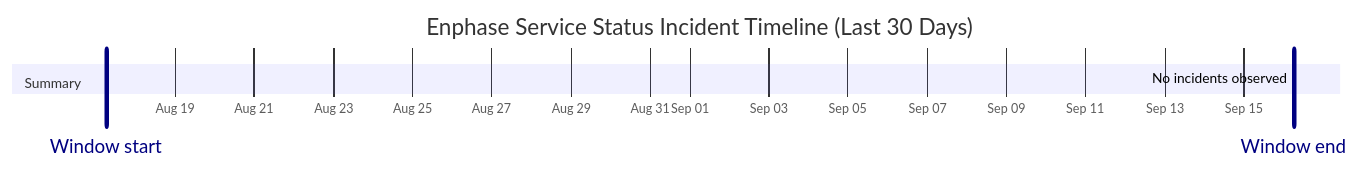
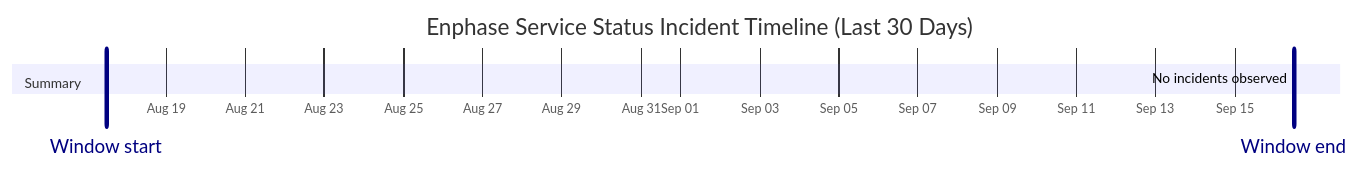
The diagram in wiki/Service-Status-History.md (barneyonline/ha-enphase-energy), drawn with Mermaid before and after one commit. The commit also changed other lines of this file and 3 other files, not shown here.

````diff
--- a/wiki/Service-Status-History.md
+++ b/wiki/Service-Status-History.md
@@ -14,10 +14,10 @@
 ```mermaid
 gantt
     title Enphase Service Status Incident Timeline (Last 30 Days)
     dateFormat  YYYY-MM-DDTHH:mm:ss
     axisFormat  %b %d
-    Window start :vert, window-start, 2026-08-17T06:25:28, 0ms
-    Window end :vert, window-end, 2026-09-16T06:25:28, 0ms
+    Window start :vert, window-start, 2026-08-17T11:55:19, 0ms
+    Window end :vert, window-end, 2026-09-16T11:55:19, 0ms
     section Summary
-    No incidents observed :done, 2026-09-16T06:25:28, 1m
+    No incidents observed :done, 2026-09-16T11:55:19, 1m
 ```
````
